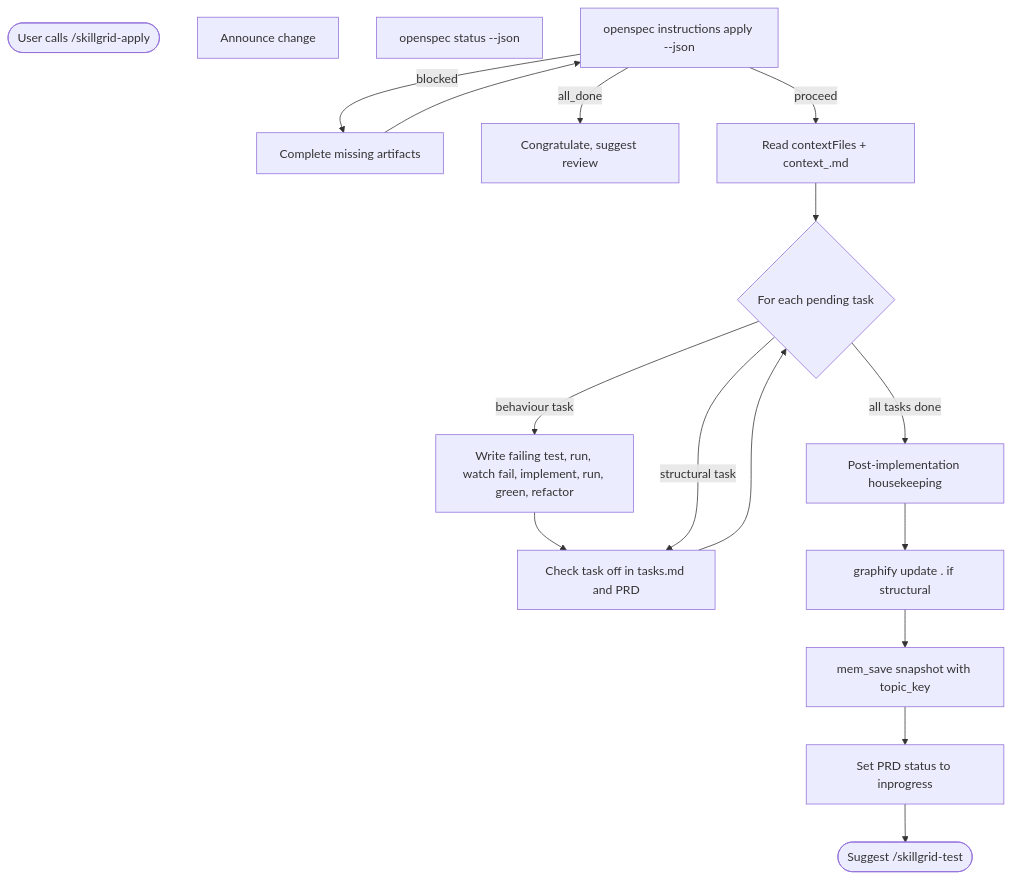
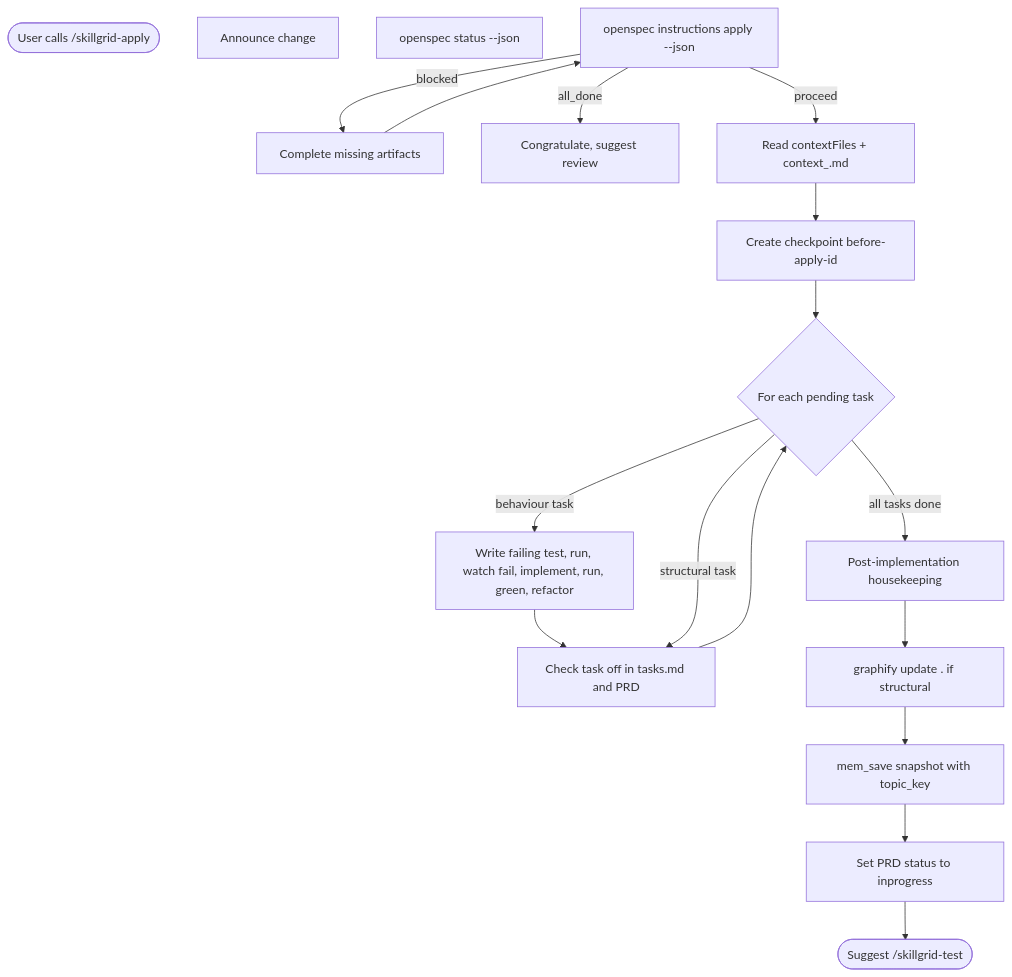
Before and after one commit to devopstales/aiskillgrid: the diagram in .github/prompts/skillgrid-apply.md, drawn with Mermaid. The commit also changed other lines of this file and 50 other files, not shown here.

````diff
--- a/.github/prompts/skillgrid-apply.md
+++ b/.github/prompts/skillgrid-apply.md
@@ -21,21 +21,22 @@
 ```mermaid
 flowchart TD
     START([User calls /skillgrid-apply])
     ANNOUNCE[Announce change]
     STATUS[openspec status --json]
     APPLY[openspec instructions apply --json]
     APPLY -->|blocked| FIX[Complete missing artifacts]
     FIX --> APPLY
     APPLY -->|all_done| CELEBRATE[Congratulate, suggest review]
     APPLY -->|proceed| CONTEXT[Read contextFiles + context_<id>.md]
-    CONTEXT --> LOOP{For each pending task}
+    CONTEXT --> PRECHECKPOINT[Create checkpoint before-apply-id]
+    PRECHECKPOINT --> LOOP{For each pending task}
     LOOP -->|behaviour task| TDD[Write failing test, run, watch fail, implement, run, green, refactor]
     TDD --> CHECK[Check task off in tasks.md and PRD]
     LOOP -->|structural task| CHECK
     CHECK --> LOOP
     LOOP -->|all tasks done| HOUSE[Post-implementation housekeeping]
     HOUSE --> GRAPH[graphify update . if structural]
     GRAPH --> ENGRAM[mem_save snapshot with topic_key]
     ENGRAM --> INPROGRESS[Set PRD status to inprogress]
     INPROGRESS --> DONE([Suggest /skillgrid-test])
 ```
````
